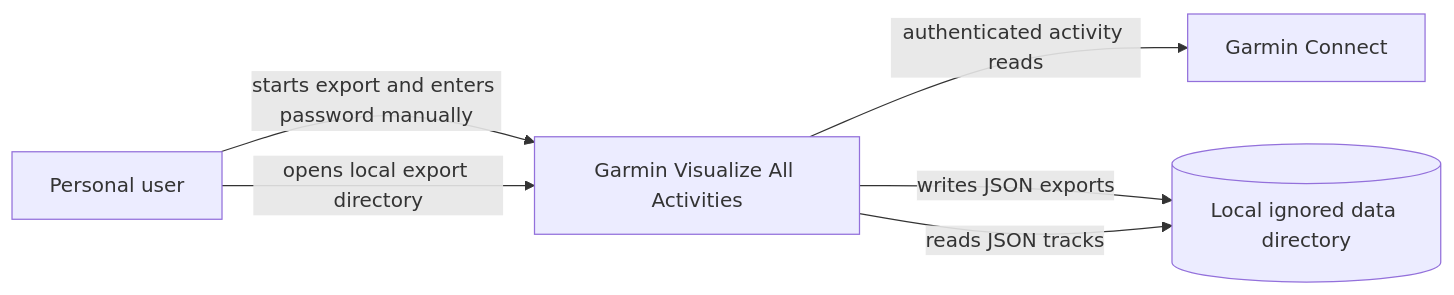
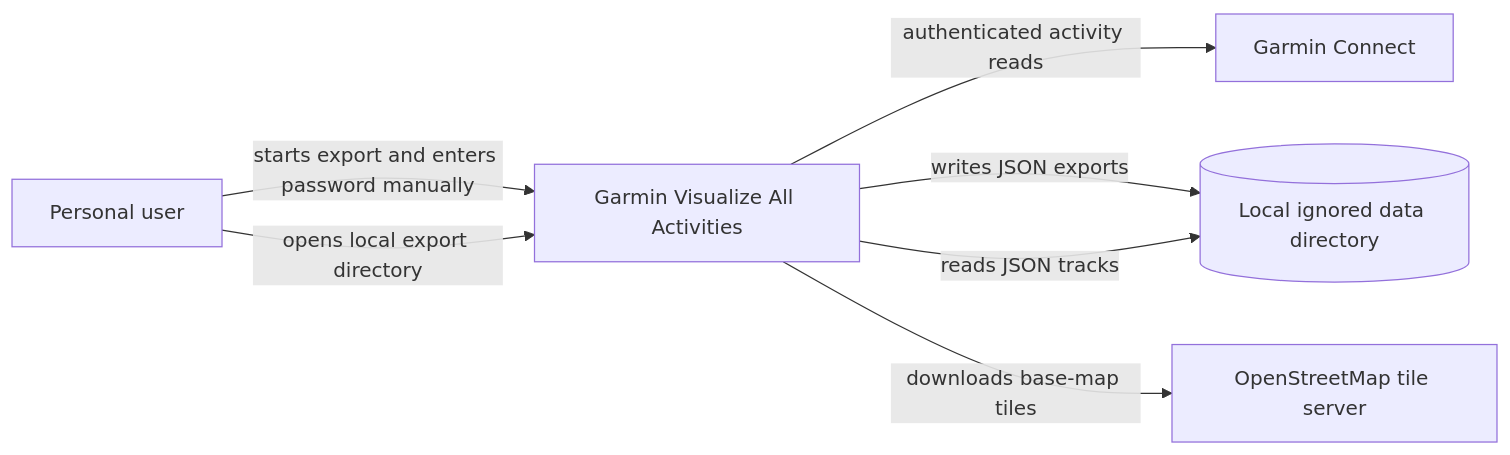
One commit to marcelpetrick/GarminActivityMap changed the first of 4 diagrams in documents/architecture.md. Above: the diagram before and after it, drawn with Mermaid. The commit also changed other lines of this file and 4 other files, not shown here.

First line of the commit message:
docs(architecture): align C4 views with the current modules

````diff
--- a/documents/architecture.md
+++ b/documents/architecture.md
@@ -7,13 +7,15 @@
 ```mermaid
 flowchart LR
   user[Personal user]
   garmin[Garmin Connect]
   app[Garmin Visualize All Activities]
   disk[(Local ignored data directory)]
+  osm[OpenStreetMap tile server]
 
   user -->|starts export and enters password manually| app
   app -->|authenticated activity reads| garmin
   app -->|writes JSON exports| disk
   user -->|opens local export directory| app
   app -->|reads JSON tracks| disk
+  app -->|downloads base-map tiles| osm
 ```
````
